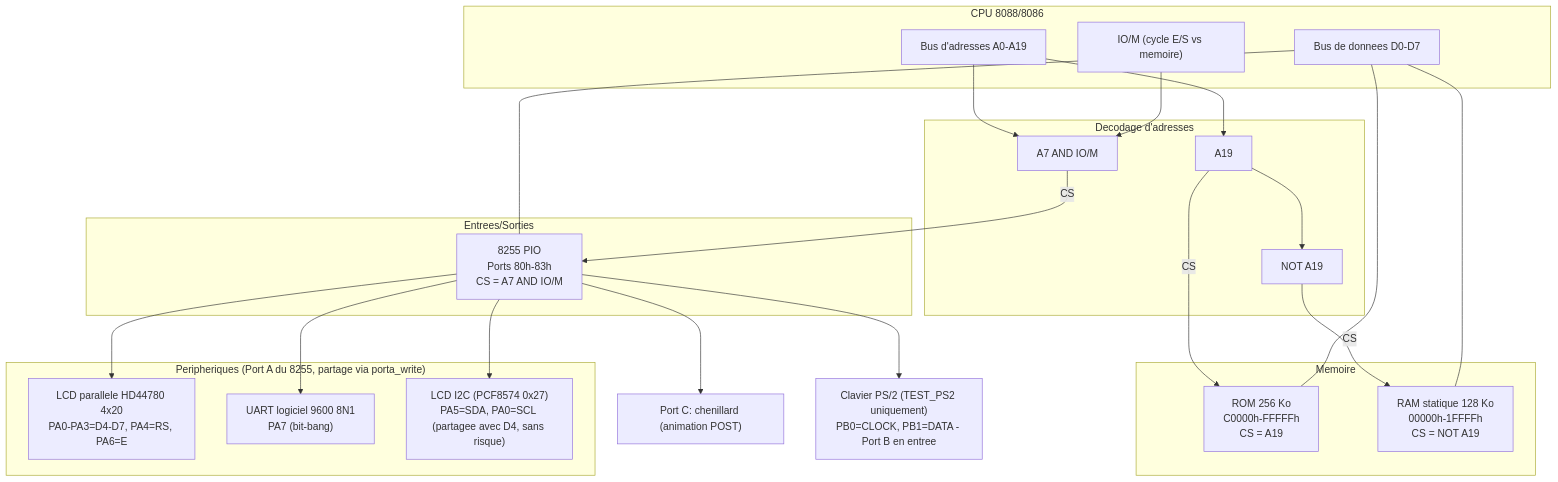
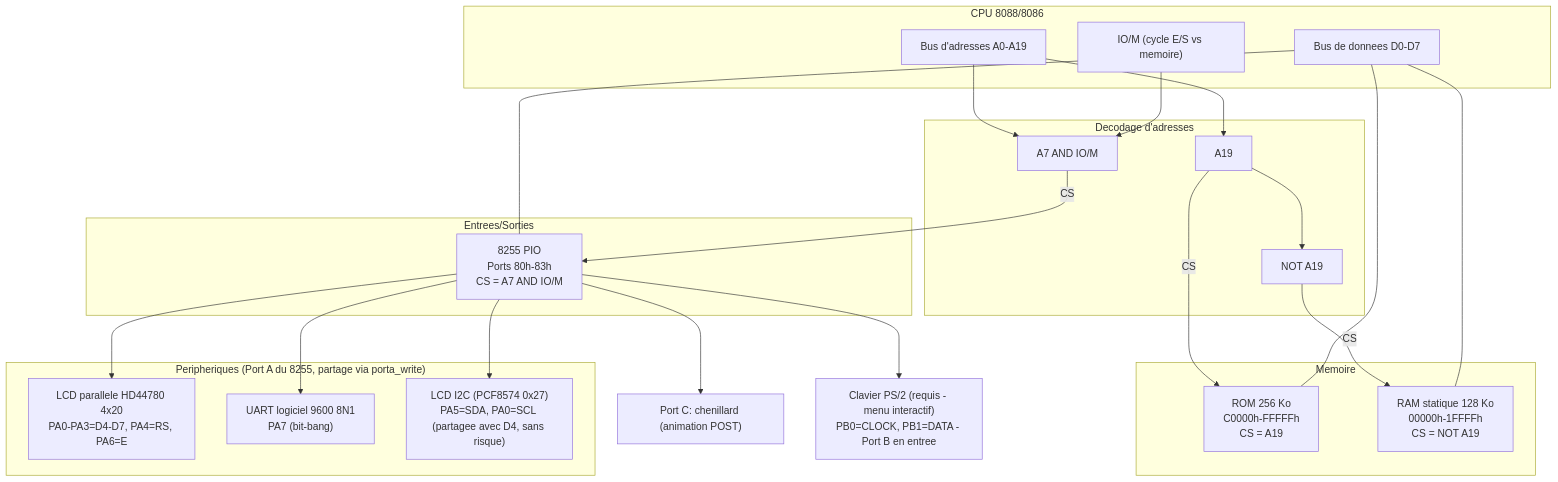
Before and after one commit to ve2cuy/i86: the diagram in breadboard/Solution-01/README.md, drawn with Mermaid. The commit also changed other lines of this file and 5 other files, not shown here.

First line of the commit message:
Menu interactif au clavier PS/2 (remplace le POST automatique)

````diff
--- a/breadboard/Solution-01/README.md
+++ b/breadboard/Solution-01/README.md
@@ -70,51 +68,51 @@
 ```mermaid
 flowchart TD
     subgraph CPU["CPU 8088/8086"]
         AB["Bus d'adresses A0-A19"]
         DB["Bus de donnees D0-D7"]
         IOM["IO/M (cycle E/S vs memoire)"]
     end
 
     subgraph DEC["Decodage d'adresses"]
         A19G["A19"]
         NOTA19["NOT A19"]
         A7IO["A7 AND IO/M"]
     end
 
     subgraph MEM["Memoire"]
         ROM["ROM 256 Ko\nC0000h-FFFFFh\nCS = A19"]
         RAM["RAM statique 128 Ko\n00000h-1FFFFh\nCS = NOT A19"]
     end
 
     subgraph IOBLK["Entrees/Sorties"]
         PIO["8255 PIO\nPorts 80h-83h\nCS = A7 AND IO/M"]
     end
 
     subgraph PERIPH["Peripheriques (Port A du 8255, partage via porta_write)"]
         LCD["LCD parallele HD44780 4x20\nPA0-PA3=D4-D7, PA4=RS, PA6=E"]
         UART["UART logiciel 9600 8N1\nPA7 (bit-bang)"]
         I2CLCD["LCD I2C (PCF8574 0x27)\nPA5=SDA, PA0=SCL (partagee avec D4, sans risque)"]
     end
 
     LED["Port C: chenillard (animation POST)"]
-    PS2["Clavier PS/2 (TEST_PS2 uniquement)\nPB0=CLOCK, PB1=DATA - Port B en entree"]
+    PS2["Clavier PS/2 (requis - menu interactif)\nPB0=CLOCK, PB1=DATA - Port B en entree"]
 
     AB --> A19G
     A19G --> NOTA19
     AB --> A7IO
     IOM --> A7IO
 
     A19G -->|CS| ROM
     NOTA19 -->|CS| RAM
     A7IO -->|CS| PIO
 
     DB --- ROM
     DB --- RAM
     DB --- PIO
 
     PIO --> LCD
     PIO --> UART
     PIO --> I2CLCD
     PIO --> LED
     PIO --> PS2
 ```
````
